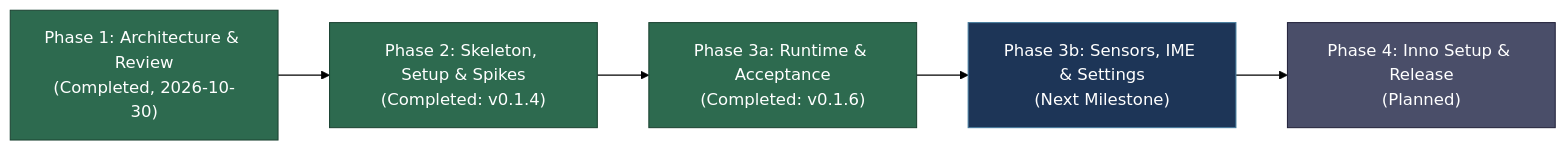
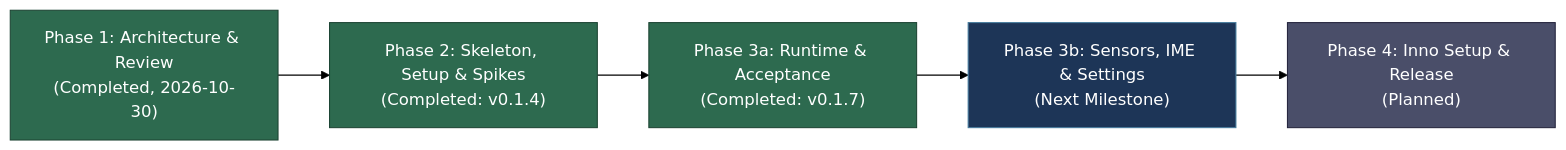
One commit to OrcusExtreme/Orcus_APK_Emulator changed the diagram in README.md. Above: the diagram before and after it, drawn with Mermaid (forest theme). The commit also changed other lines of this file and 8 other files, not shown here.

````diff
--- a/README.md
+++ b/README.md
@@ -86,12 +86,12 @@
 ```mermaid
 flowchart LR
     A["Phase 1: Architecture & Review<br/>(Completed, 2026-10-30)"] --> B["Phase 2: Skeleton, Setup & Spikes<br/>(Completed: v0.1.4)"]
-    B --> C["Phase 3a: Runtime & Acceptance<br/>(Completed: v0.1.6)"]
+    B --> C["Phase 3a: Runtime & Acceptance<br/>(Completed: v0.1.7)"]
     C --> D["Phase 3b: Sensors, IME & Settings<br/>(Next Milestone)"]
     D --> E["Phase 4: Inno Setup & Release<br/>(Planned)"]
     style A fill:#2d6a4f,stroke:#1b4332,color:#fff
     style B fill:#2d6a4f,stroke:#1b4332,color:#fff
     style C fill:#2d6a4f,stroke:#1b4332,color:#fff
     style D fill:#1d3557,stroke:#457b9d,color:#fff
     style E fill:#4a4e69,stroke:#22223b,color:#fff
 ```
````
